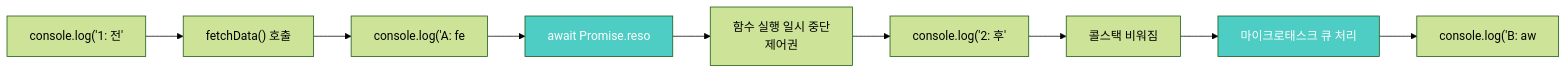
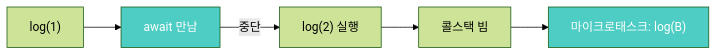
Before and after one commit to yjkim2015/yjkim2015.github.io: the seventh of 13 diagrams in _posts/frontend/2026-05-02-js-event-loop.md, drawn with Mermaid (forest theme). The commit also changed other lines of this file and 163 other files, not shown here.

First line of the commit message:
Mermaid 300개 블록 내용 축소: 5노드 5엣지 이하, 의미 있는 약어

````diff
--- a/_posts/frontend/2026-05-02-js-event-loop.md
+++ b/_posts/frontend/2026-05-02-js-event-loop.md
@@ -200,13 +198,9 @@
 ```mermaid
-flowchart LR
-    A["console.log('1: 전'"] --> B["fetchData() 호출"]
-    B --> C["console.log('A: fe"]
-    C --> D["await Promise.reso"]
-    D --> E["함수 실행 일시 중단<br>제어권"]
-    E --> F["console.log('2: 후'"]
-    F --> G["콜스택 비워짐"]
-    G --> H["마이크로태스크 큐 처리"]
-    H --> I["console.log('B: aw"]
-    style D fill:#4ecdc4,color:#fff
-    style H fill:#4ecdc4,color:#fff
+graph LR
+    A["log(1)"] --> B["await 만남"]
+    B -->|"중단"| C["log(2) 실행"]
+    C --> D["콜스택 빔"]
+    D --> E["마이크로태스크: log(B)"]
+    style B fill:#4ecdc4,color:#fff
+    style E fill:#4ecdc4,color:#fff
 ```
````
